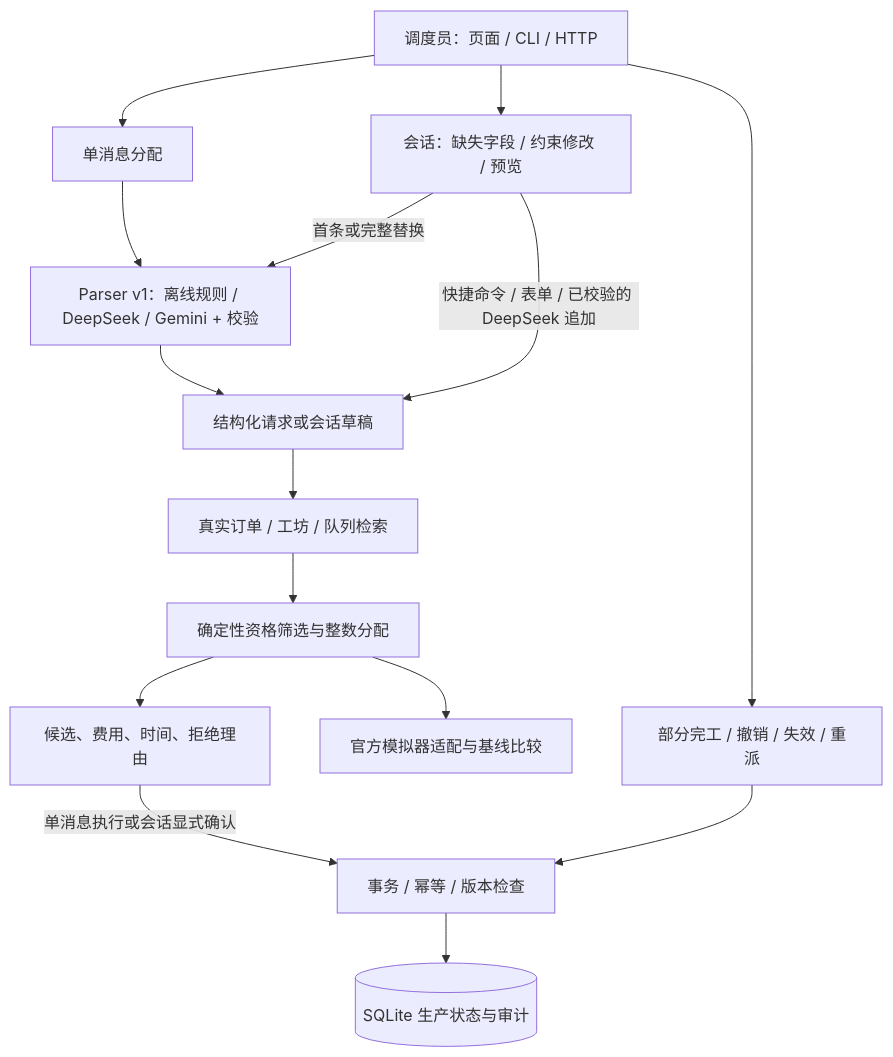
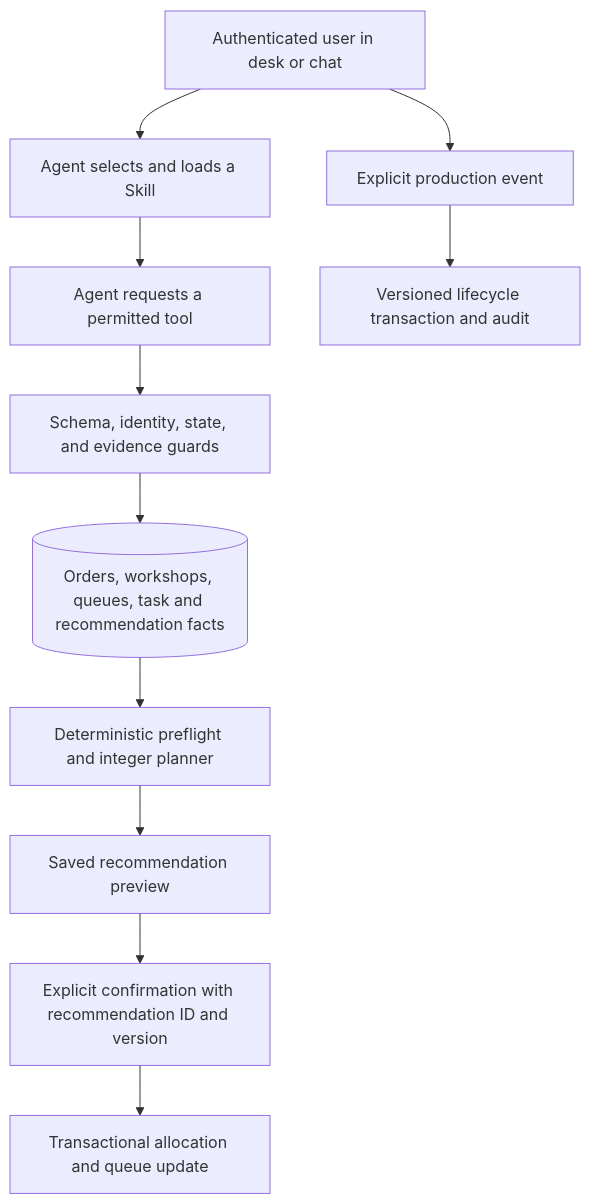
One commit to zh72640/dss5105_project changed the diagram in docs/PROJECT_OVERVIEW_CN.md. Above: the diagram before and after it, drawn with Mermaid. The commit also changed other lines of this file and 282 other files, not shown here.

````diff
--- a/docs/PROJECT_OVERVIEW_CN.md
+++ b/docs/PROJECT_OVERVIEW_CN.md
@@ -13,17 +13,13 @@
 ```mermaid
 flowchart TD
-    U[调度员：页面 / CLI / HTTP] --> S[单消息分配]
-    U --> C[会话：缺失字段 / 约束修改 / 预览]
-    S --> P[Parser v1：离线规则 / DeepSeek / Gemini + 校验]
-    C -->|首条或完整替换| P
-    P --> D[结构化请求或会话草稿]
-    C -->|快捷命令 / 表单 / 已校验的 DeepSeek 追加| D
-    D --> R[真实订单 / 工坊 / 队列检索]
-    R --> A[确定性资格筛选与整数分配]
-    A --> V[候选、费用、时间、拒绝理由]
-    V -->|单消息执行或会话显式确认| T[事务 / 幂等 / 版本检查]
-    T --> DB[(SQLite 生产状态与审计)]
-    U --> L[部分完工 / 撤销 / 失效 / 重派]
-    L --> T
-    A --> E[官方模拟器适配与基线比较]
+    U[Authenticated user in desk or chat] --> A[Agent selects and loads a Skill]
+    A --> T[Agent requests a permitted tool]
+    T --> G[Schema, identity, state, and evidence guards]
+    G --> F[(Orders, workshops, queues, task and recommendation facts)]
+    F --> P[Deterministic preflight and integer planner]
+    P --> R[Saved recommendation preview]
+    R --> C[Explicit confirmation with recommendation ID and version]
+    C --> X[Transactional allocation and queue update]
+    U --> E[Explicit production event]
+    E --> L[Versioned lifecycle transaction and audit]
 ```
````
